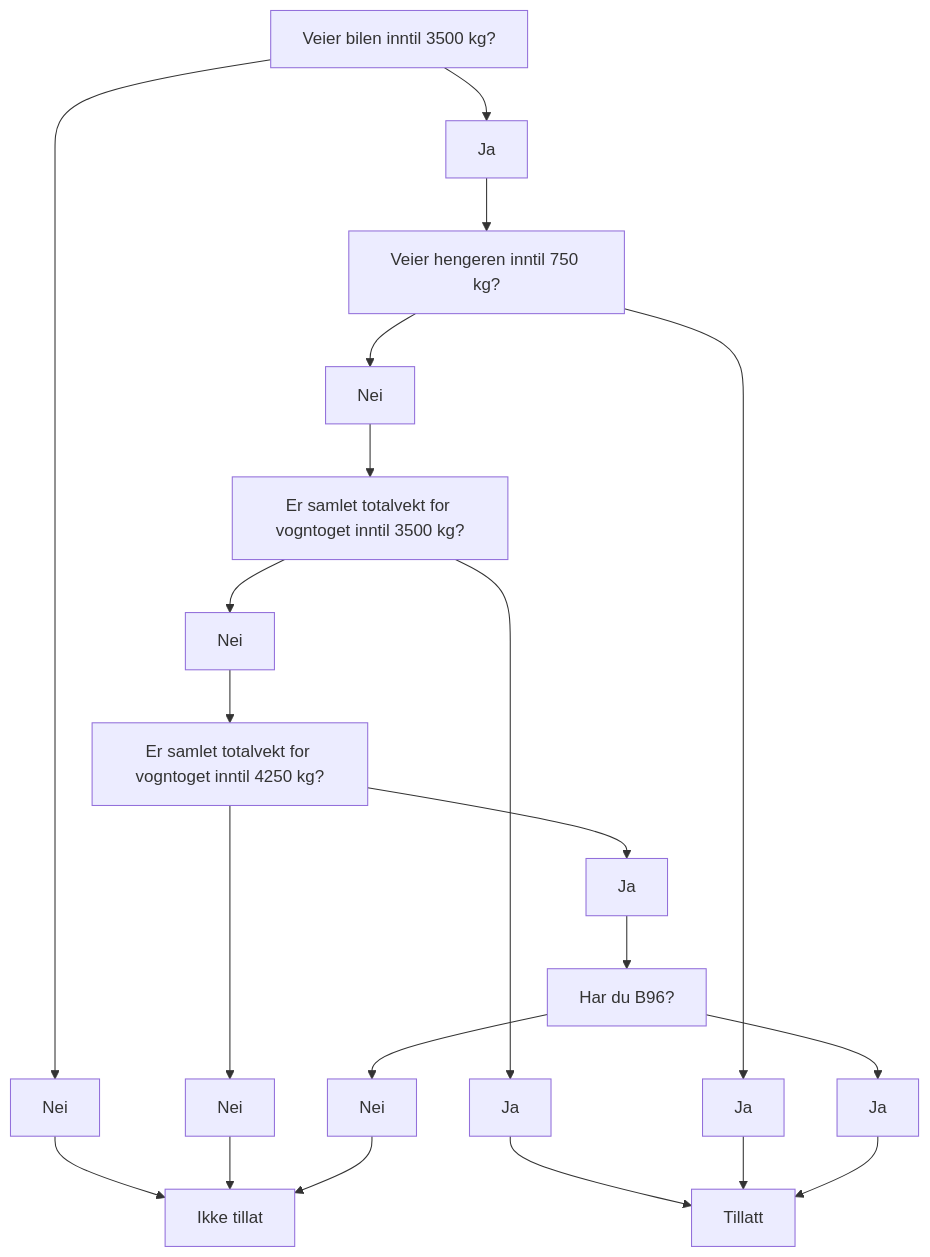
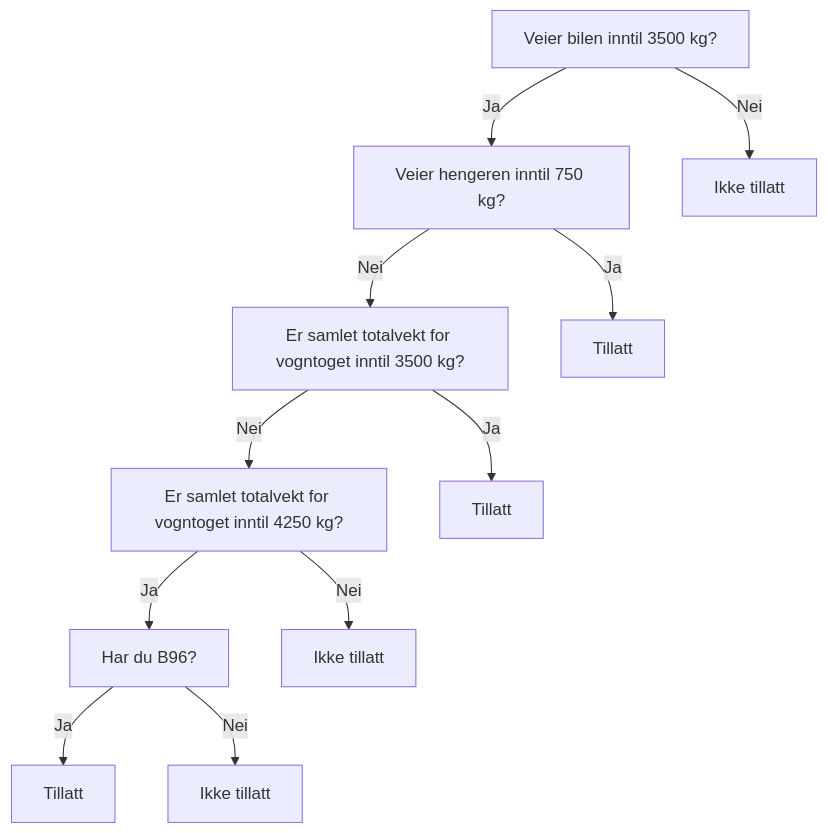
Before and after one commit to davidsteinsland/tilhengerlappen: the diagram in README.md, drawn with Mermaid.

Commit message:
bruker labels for Ja/Nei

````diff
--- a/README.md
+++ b/README.md
@@ -74,16 +74,16 @@
 ```mermaid
 flowchart TD
     A[Veier bilen inntil 3500 kg?]
-    A --> Nei --> B[Ikke tillat]
-    A --> C[Ja] --> G[Veier hengeren inntil 750 kg?]
-    G --> E[Nei] --> F[Er samlet totalvekt for vogntoget inntil 3500 kg?]
-    F --> N[Ja] --> Tillatt
-    F --> H[Nei]
-    G --> D[Ja] --> Tillatt
-    H --> I[Er samlet totalvekt for vogntoget inntil 4250 kg?]
-    I --> J[Ja]
-    I --> K[Nei] --> B
-    J --> L[Har du B96?] --> M[Ja] --> Tillatt
-    L --> O[Nei] --> B
+    B[Veier hengeren inntil 750 kg?]
+    C[Er samlet totalvekt for vogntoget inntil 3500 kg?]
+    D[Er samlet totalvekt for vogntoget inntil 4250 kg?]
+    E[Har du B96?]
 
+    A -->|Nei| F[Ikke tillatt]
+    A -->|Ja| B -->|Ja| G[Tillatt]
+
+    B -->|Nei| C -->|Ja| H[Tillatt]
+    C -->|Nei| D -->|Ja| E -->|Ja| I[Tillatt]
+    D -->|Nei| J[Ikke tillatt]
+    E -->|Nei| K[Ikke tillatt]
 ```
````
